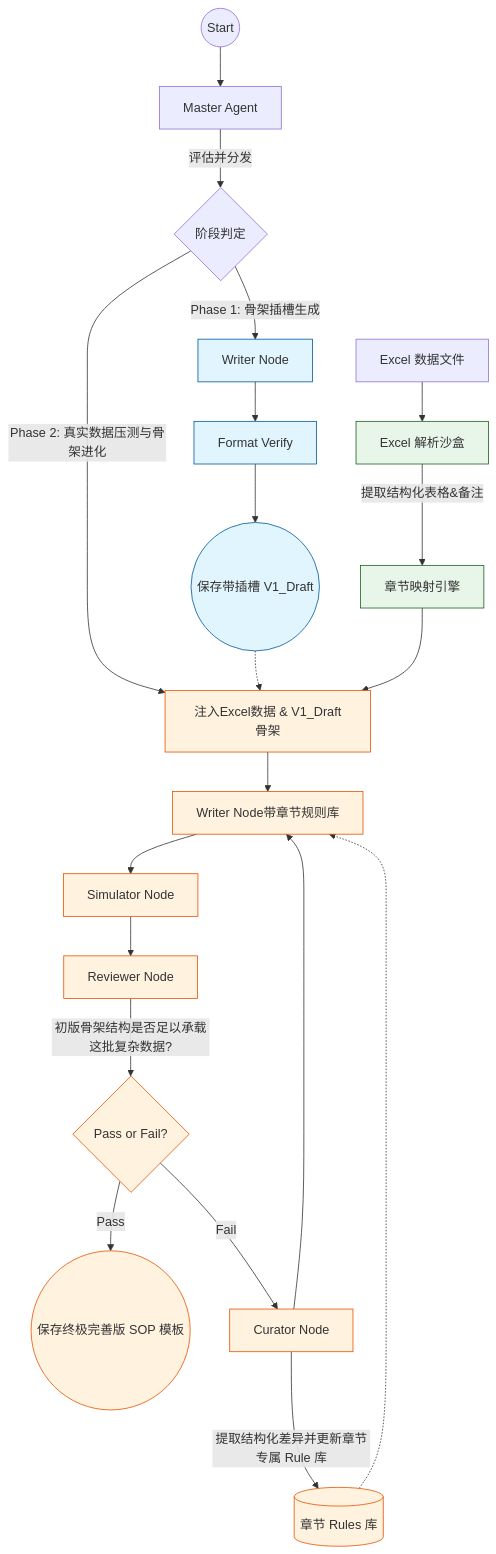
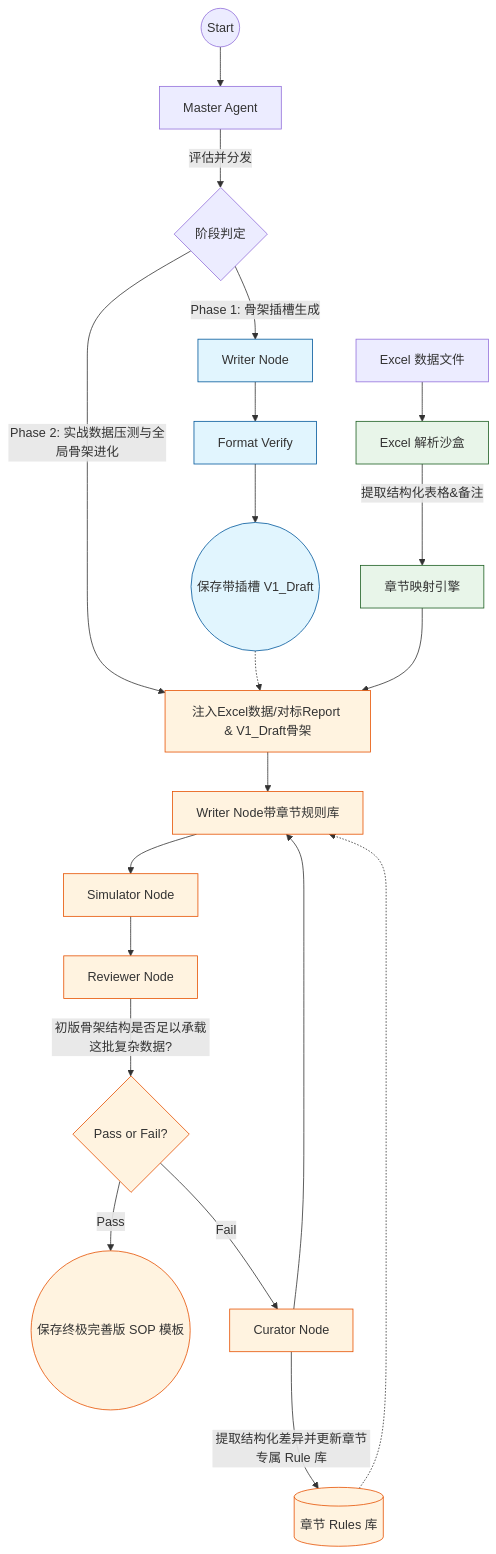
One commit to 1stphs/glp_generate-sop changed the diagram in docs/architecture_proposal.md. Above: the diagram before and after it, drawn with Mermaid. The commit also changed other lines of this file, not shown here.

````diff
--- a/docs/architecture_proposal.md
+++ b/docs/architecture_proposal.md
@@ -97,35 +99,35 @@
 ```mermaid
 graph TD
     classDef phase1 fill:#e1f5fe,stroke:#01579b;
     classDef phase2 fill:#fff3e0,stroke:#e65100;
     classDef sandbox fill:#e8f5e9,stroke:#1b5e20;
 
     Start((Start)) --> Master[Master Agent]
     
     Master --> |评估并分发| Phase_Router{阶段判定}
     
     %% Phase 1
     Phase_Router -->|Phase 1: 骨架插槽生成| W1[Writer Node]:::phase1
     W1 --> V1[Format Verify]:::phase1
     V1 --> End1((保存带插槽 V1_Draft)):::phase1
     
     %% Phase 2
     Excel[Excel 数据文件] --> Sandbox[Excel 解析沙盒]:::sandbox
     Sandbox --> |提取结构化表格&备注| Mapper[章节映射引擎]:::sandbox
     
-    Phase_Router -->|Phase 2: 真实数据压测与骨架进化| DataSync[注入Excel数据 & V1_Draft骨架]:::phase2
+    Phase_Router -->|Phase 2: 实战数据压测与全局骨架进化| DataSync[注入Excel数据/对标Report & V1_Draft骨架]:::phase2
     End1 -.-> DataSync
     Mapper --> DataSync
     
     DataSync --> W2[Writer Node带章节规则库]:::phase2
     W2 --> S2[Simulator Node]:::phase2
     S2 --> R2[Reviewer Node]:::phase2
     
     R2 --> |初版骨架结构是否足以承载这批复杂数据?| Eval{Pass or Fail?}:::phase2
     Eval --> |Pass| End2((保存终极完善版 SOP 模板)):::phase2
     Eval --> |Fail| C2[Curator Node]:::phase2
     
     C2 --> |提取结构化差异并更新章节专属 Rule 库| RuleDB[(章节 Rules 库)]:::phase2
     RuleDB -.-> W2
     C2 --> W2
 ```
````
